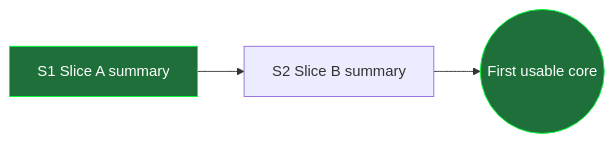
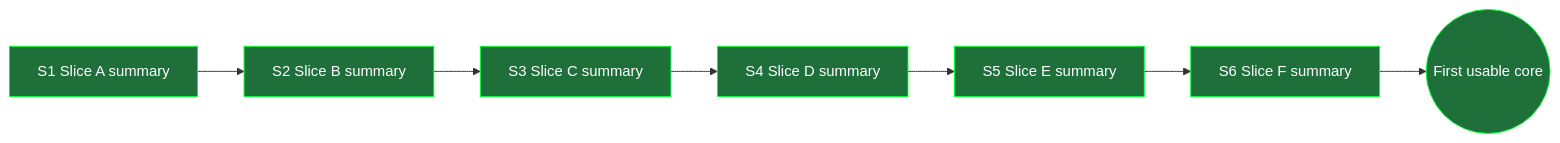
One commit to eunai/skills changed the diagram in .cursor/skills/project-status-slice-report/EXAMPLES.md. Above: the diagram before and after it, drawn with Mermaid. The commit also changed other lines of this file and 4 other files, not shown here.

````diff
--- a/.cursor/skills/project-status-slice-report/EXAMPLES.md
+++ b/.cursor/skills/project-status-slice-report/EXAMPLES.md
@@ -7,11 +7,16 @@
 ```mermaid
 flowchart LR
   S1["S1 Slice A summary"]:::done
-  S2["S2 Slice B summary"]
+  S2["S2 Slice B summary"]:::done
+  S3["S3 Slice C summary"]:::done
+  S4["S4 Slice D summary"]:::done
+  S5["S5 Slice E summary"]:::done
+  S6["S6 Slice F summary"]:::done
   M1(("First usable core")):::done
 
-  S1 --> S2 --> M1
+  S1 --> S2 --> S3 --> S4 --> S5
+  S5 --> S6 --> M1
 
   classDef done fill:#1f6f3a,color:#fff,stroke:#0f3,stroke-width:1px;
   classDef milestone fill:#264653,color:#fff,stroke:#a0c8d8,stroke-width:1px;
 ```
````
